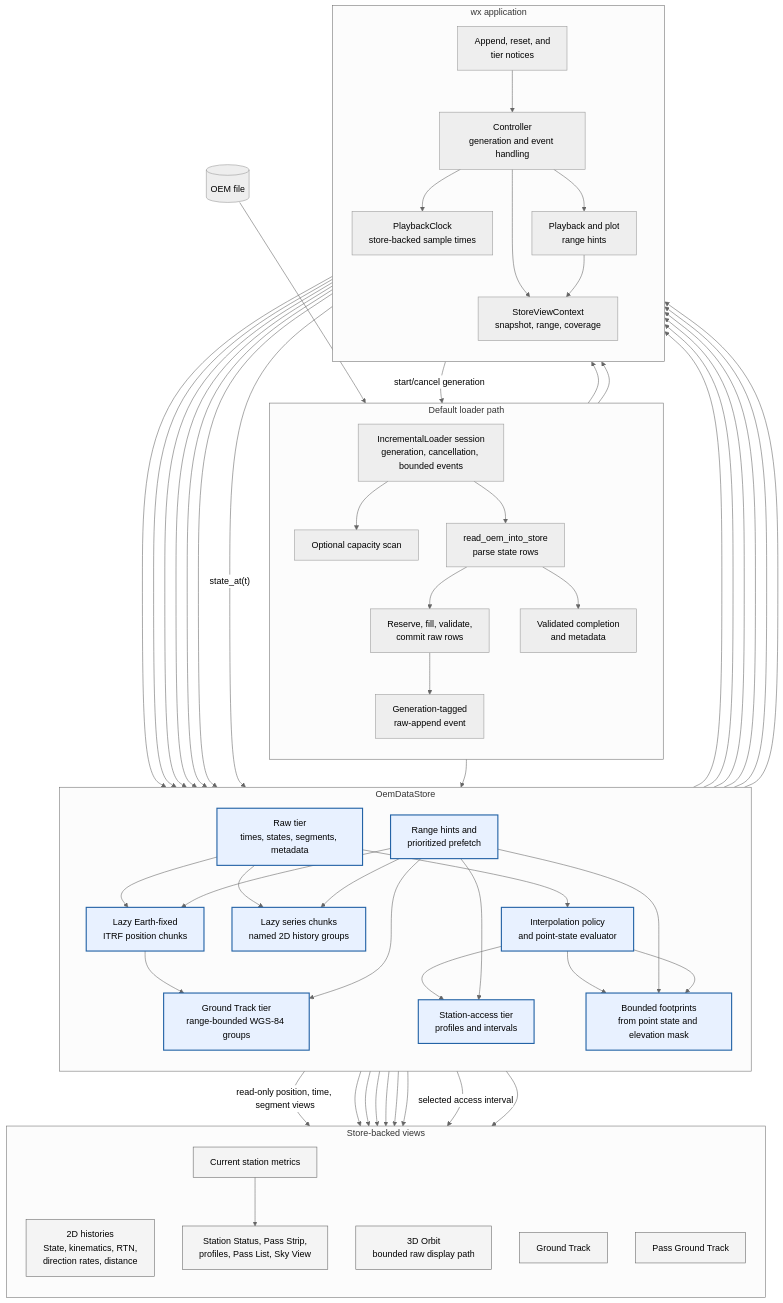
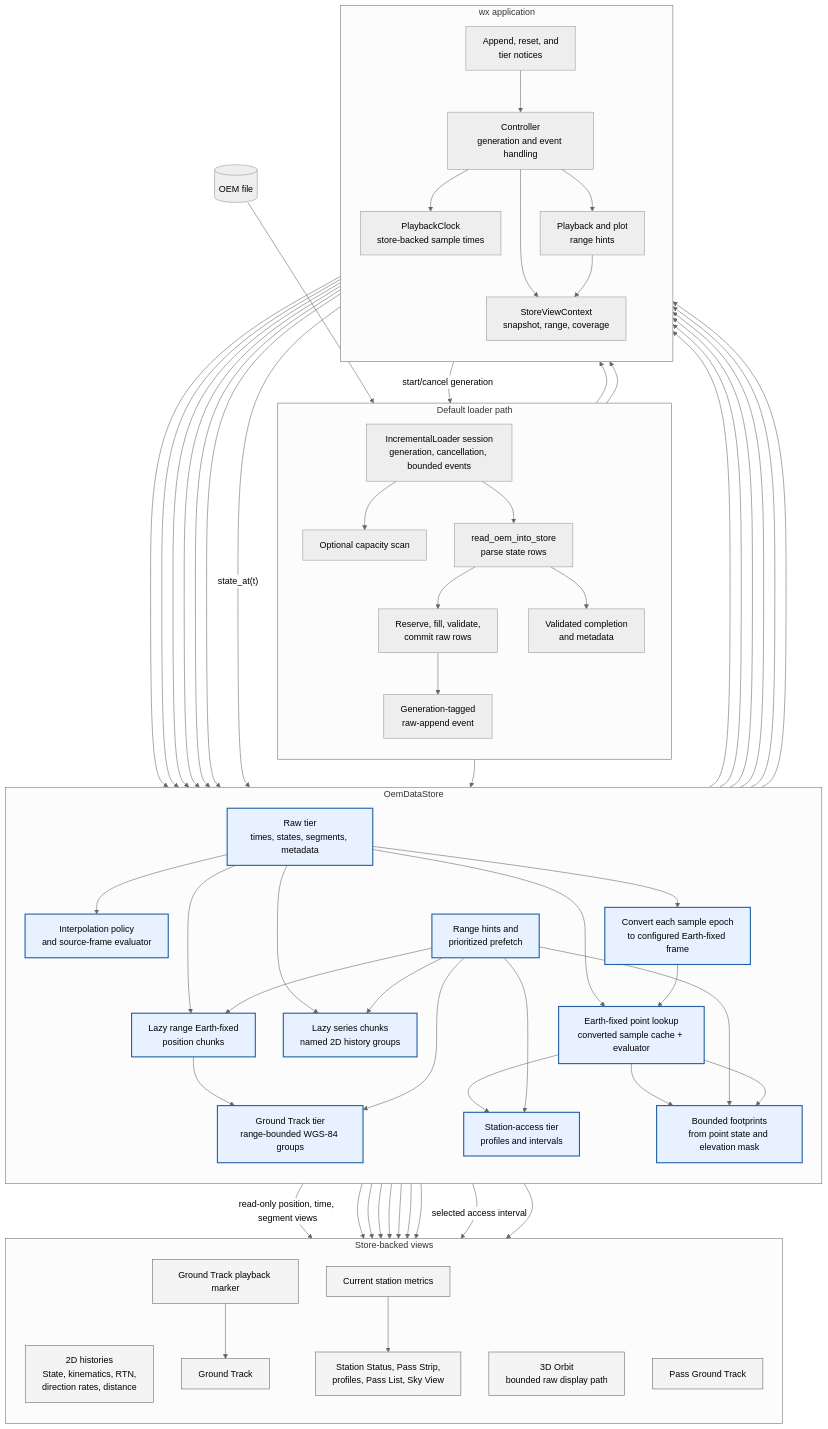
The diagram in docs/architecture/play-oem/PLAY_OEM_DATAFLOW.mmd (jeongyunl/ephem-toolkit), drawn with Mermaid (neutral theme) before and after one commit. The commit also changed 1 other file, not shown here.

Commit message:
Up-to-date dataflow doc and diagram

```diff
--- a/docs/architecture/play-oem/PLAY_OEM_DATAFLOW.mmd
+++ b/docs/architecture/play-oem/PLAY_OEM_DATAFLOW.mmd
@@ -1,99 +1,107 @@
 flowchart TD
     FILE[("OEM file")]
 
     subgraph WORKER["Default loader path"]
         direction TB
         SESSION["IncrementalLoader session<br/>generation, cancellation, bounded events"]
         CAPACITY["Optional capacity scan"]
         PARSE["read_oem_into_store<br/>parse state rows"]
         COMMIT["Reserve, fill, validate,<br/>commit raw rows"]
         RAW_EVENT["Generation-tagged<br/>raw-append event"]
         COMPLETE["Validated completion<br/>and metadata"]
         SESSION --> CAPACITY
         SESSION --> PARSE
         PARSE --> COMMIT
         COMMIT --> RAW_EVENT
         PARSE --> COMPLETE
     end
 
     subgraph STORE["OemDataStore"]
         direction TB
         RAW["Raw tier<br/>times, states, segments, metadata"]
-        POLICY["Interpolation policy<br/>and point-state evaluator"]
+        POLICY["Interpolation policy<br/>and source-frame evaluator"]
+        FIXED_STATE["Earth-fixed point lookup<br/>converted sample cache + evaluator"]
+        CONVERT["Convert each sample epoch<br/>to configured Earth-fixed frame"]
         SERIES["Lazy series chunks<br/>named 2D history groups"]
-        EARTH_FIXED["Lazy Earth-fixed<br/>ITRF position chunks"]
+        EARTH_FIXED["Lazy range Earth-fixed<br/>position chunks"]
         GROUND_TRACK["Ground Track tier<br/>range-bounded WGS-84 groups"]
         ACCESS["Station-access tier<br/>profiles and intervals"]
         FOOTPRINT["Bounded footprints<br/>from point state and elevation mask"]
         SCHEDULER["Range hints and<br/>prioritized prefetch"]
         RAW --> POLICY
+        RAW --> FIXED_STATE
+        RAW --> CONVERT
+        CONVERT --> FIXED_STATE
         RAW --> SERIES
         RAW --> EARTH_FIXED
         EARTH_FIXED --> GROUND_TRACK
-        POLICY --> ACCESS
-        POLICY --> FOOTPRINT
+        FIXED_STATE --> ACCESS
+        FIXED_STATE --> FOOTPRINT
         SCHEDULER --> SERIES
         SCHEDULER --> EARTH_FIXED
         SCHEDULER --> GROUND_TRACK
         SCHEDULER --> ACCESS
         SCHEDULER --> FOOTPRINT
     end
 
     subgraph APP["wx application"]
         direction TB
         CONTROLLER["Controller<br/>generation and event handling"]
         CONTEXT["StoreViewContext<br/>snapshot, range, coverage"]
         CLOCK["PlaybackClock<br/>store-backed sample times"]
         RANGE["Playback and plot<br/>range hints"]
         TIER_NOTICE["Append, reset, and<br/>tier notices"]
         CONTROLLER --> CONTEXT
         CONTROLLER --> CLOCK
         CONTROLLER --> RANGE
         CONTROLLER -->|"start/cancel generation"| SESSION
         RAW --> TIER_NOTICE
         SERIES --> TIER_NOTICE
         EARTH_FIXED --> TIER_NOTICE
         GROUND_TRACK --> TIER_NOTICE
         ACCESS --> TIER_NOTICE
         FOOTPRINT --> TIER_NOTICE
         TIER_NOTICE --> CONTROLLER
     end
 
     subgraph VIEWS["Store-backed views"]
         direction TB
         HISTORIES["2D histories<br/>State, kinematics, RTN,<br/>direction rates, distance"]
         TRAJECTORY["3D Orbit<br/>bounded raw display path"]
         TRACK_VIEW["Ground Track"]
         STATION_VIEWS["Station Status, Pass Strip,<br/>profiles, Pass List, Sky View"]
         PASS_TRACK["Pass Ground Track"]
         CURRENT_METRICS["Current station metrics"]
+        MARKER["Ground Track playback marker"]
     end
 
     FILE --> CAPACITY
     COMMIT --> RAW
     RAW_EVENT --> CONTROLLER
     COMPLETE --> CONTROLLER
     RANGE --> CONTEXT
     RANGE --> SCHEDULER
     CONTEXT --> SERIES
     CONTEXT --> GROUND_TRACK
     CONTEXT --> ACCESS
     CONTEXT --> FOOTPRINT
     CONTEXT --> RAW
     RAW -->|"read-only position, time, segment views"| TRAJECTORY
     CLOCK -->|"state_at(t)"| POLICY
     POLICY --> TRAJECTORY
-    POLICY --> CURRENT_METRICS
-    POLICY --> FOOTPRINT
+    FIXED_STATE --> CURRENT_METRICS
+    FIXED_STATE --> FOOTPRINT
+    FIXED_STATE --> MARKER
     SERIES --> HISTORIES
     GROUND_TRACK --> TRACK_VIEW
+    MARKER --> TRACK_VIEW
     GROUND_TRACK --> PASS_TRACK
     ACCESS --> STATION_VIEWS
     ACCESS -->|"selected access interval"| PASS_TRACK
     FOOTPRINT --> TRACK_VIEW
     CURRENT_METRICS --> STATION_VIEWS
 
     classDef store fill:#e8f1ff,stroke:#2463a6,stroke-width:2px
     classDef view fill:#f4f4f4,stroke:#666
-    class RAW,POLICY,SERIES,EARTH_FIXED,GROUND_TRACK,ACCESS,FOOTPRINT,SCHEDULER store
-    class HISTORIES,TRAJECTORY,TRACK_VIEW,STATION_VIEWS,PASS_TRACK,CURRENT_METRICS view
+    class RAW,POLICY,FIXED_STATE,CONVERT,SERIES,EARTH_FIXED,GROUND_TRACK,ACCESS,FOOTPRINT,SCHEDULER store
+    class HISTORIES,TRAJECTORY,TRACK_VIEW,STATION_VIEWS,PASS_TRACK,CURRENT_METRICS,MARKER view
```
